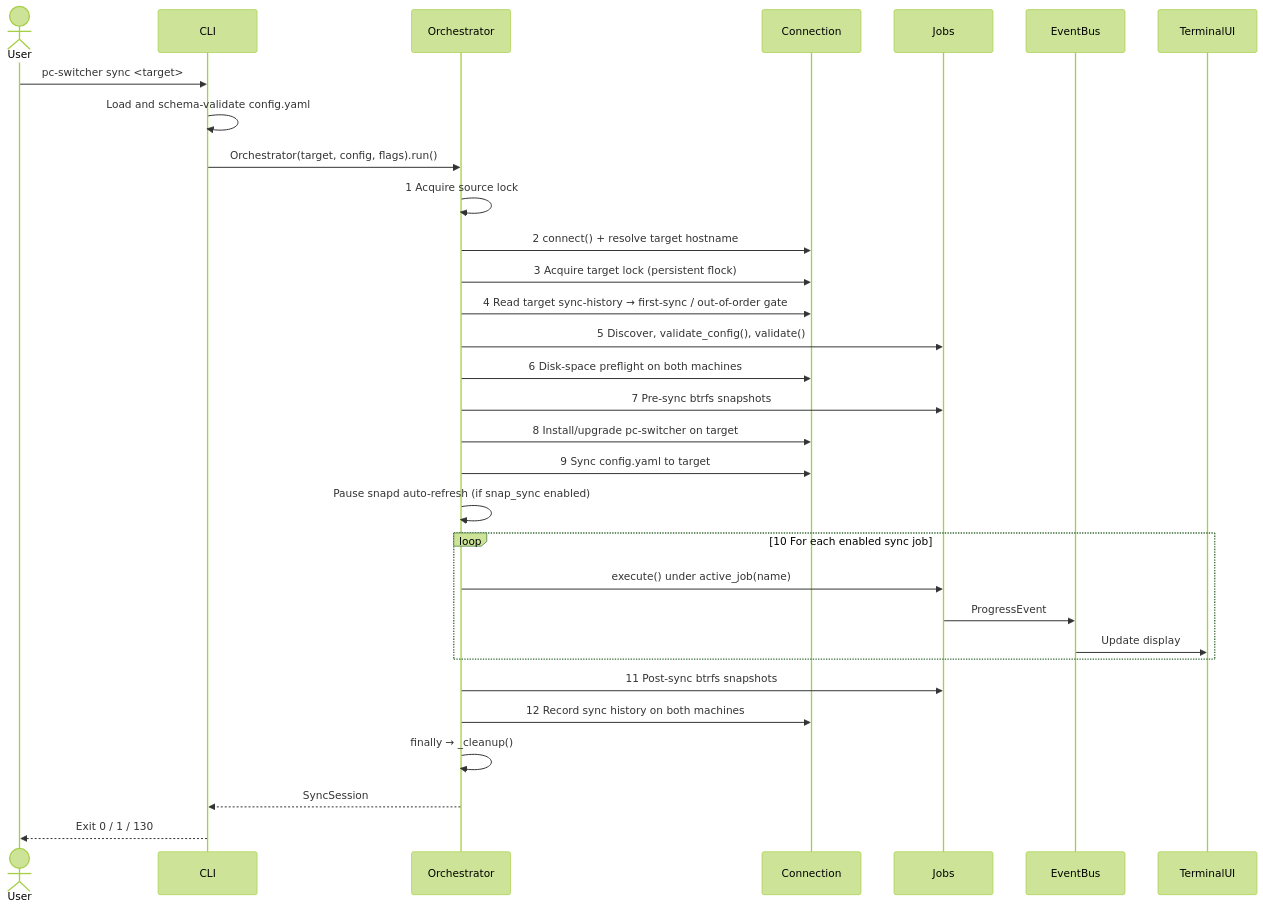
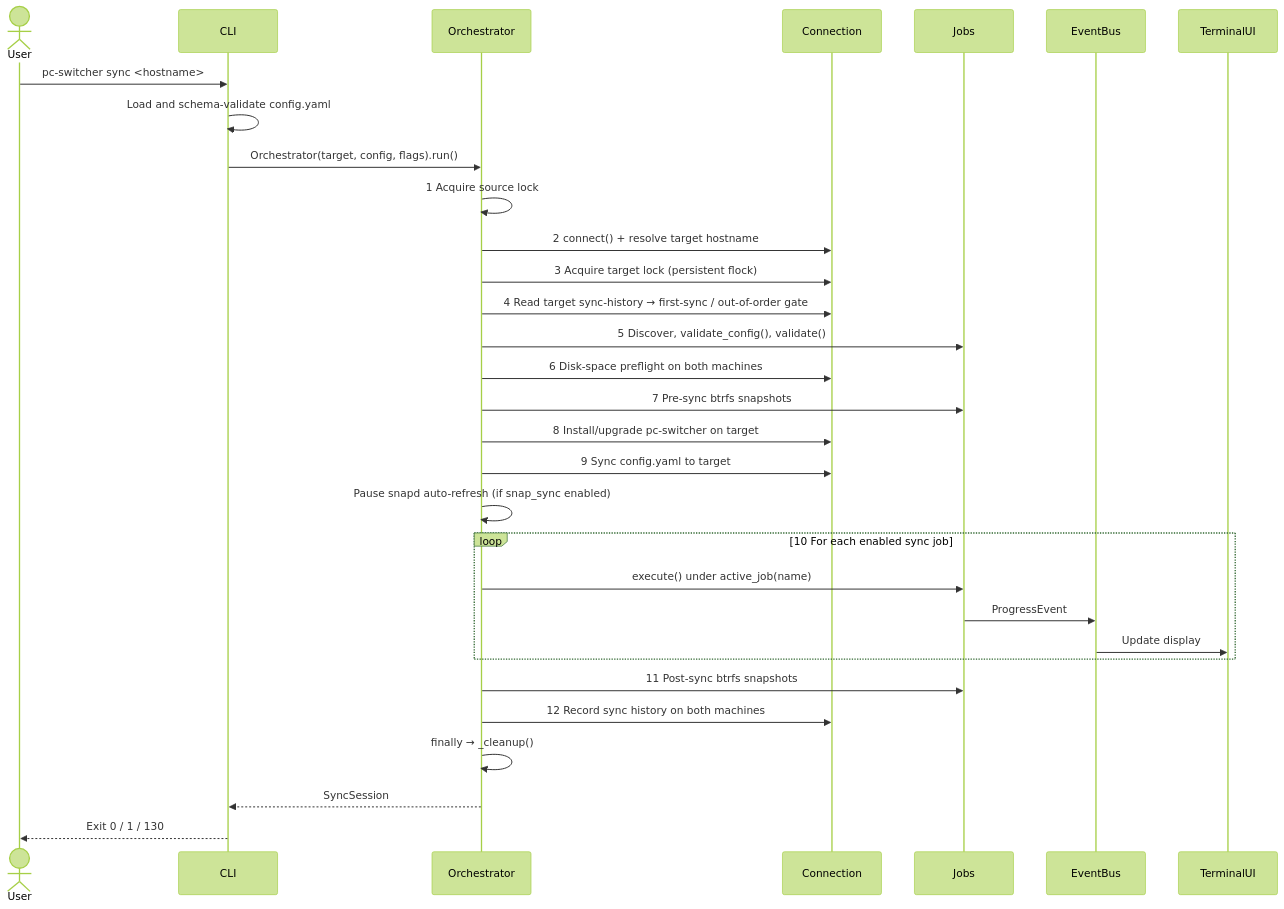
Before and after one commit to flaksit/pc-switcher: the sixth of 6 diagrams in docs/system/architecture.md, drawn with Mermaid (forest theme). The commit also changed 4 other files, not shown here.

First line of the commit message:
fix(cli): `sync --help` describes machines, not roles

````diff
--- a/docs/system/architecture.md
+++ b/docs/system/architecture.md
@@ -307,37 +307,37 @@
 ```mermaid
 sequenceDiagram
     actor User
     participant CLI
     participant Orchestrator
     participant Connection
     participant Jobs
     participant EventBus
     participant TerminalUI
 
-    User->>CLI: pc-switcher sync <target>
+    User->>CLI: pc-switcher sync <hostname>
     CLI->>CLI: Load and schema-validate config.yaml
     CLI->>Orchestrator: Orchestrator(target, config, flags).run()
 
     Orchestrator->>Orchestrator: 1 Acquire source lock
     Orchestrator->>Connection: 2 connect() + resolve target hostname
     Orchestrator->>Connection: 3 Acquire target lock (persistent flock)
     Orchestrator->>Connection: 4 Read target sync-history → first-sync / out-of-order gate
     Orchestrator->>Jobs: 5 Discover, validate_config(), validate()
     Orchestrator->>Connection: 6 Disk-space preflight on both machines
     Orchestrator->>Jobs: 7 Pre-sync btrfs snapshots
     Orchestrator->>Connection: 8 Install/upgrade pc-switcher on target
     Orchestrator->>Connection: 9 Sync config.yaml to target
 
     Orchestrator->>Orchestrator: Pause snapd auto-refresh (if snap_sync enabled)
     loop 10 For each enabled sync job
         Orchestrator->>Jobs: execute() under active_job(name)
         Jobs->>EventBus: ProgressEvent
         EventBus->>TerminalUI: Update display
     end
 
     Orchestrator->>Jobs: 11 Post-sync btrfs snapshots
     Orchestrator->>Connection: 12 Record sync history on both machines
     Orchestrator->>Orchestrator: finally → _cleanup()
     Orchestrator-->>CLI: SyncSession
     CLI-->>User: Exit 0 / 1 / 130
 ```
````
